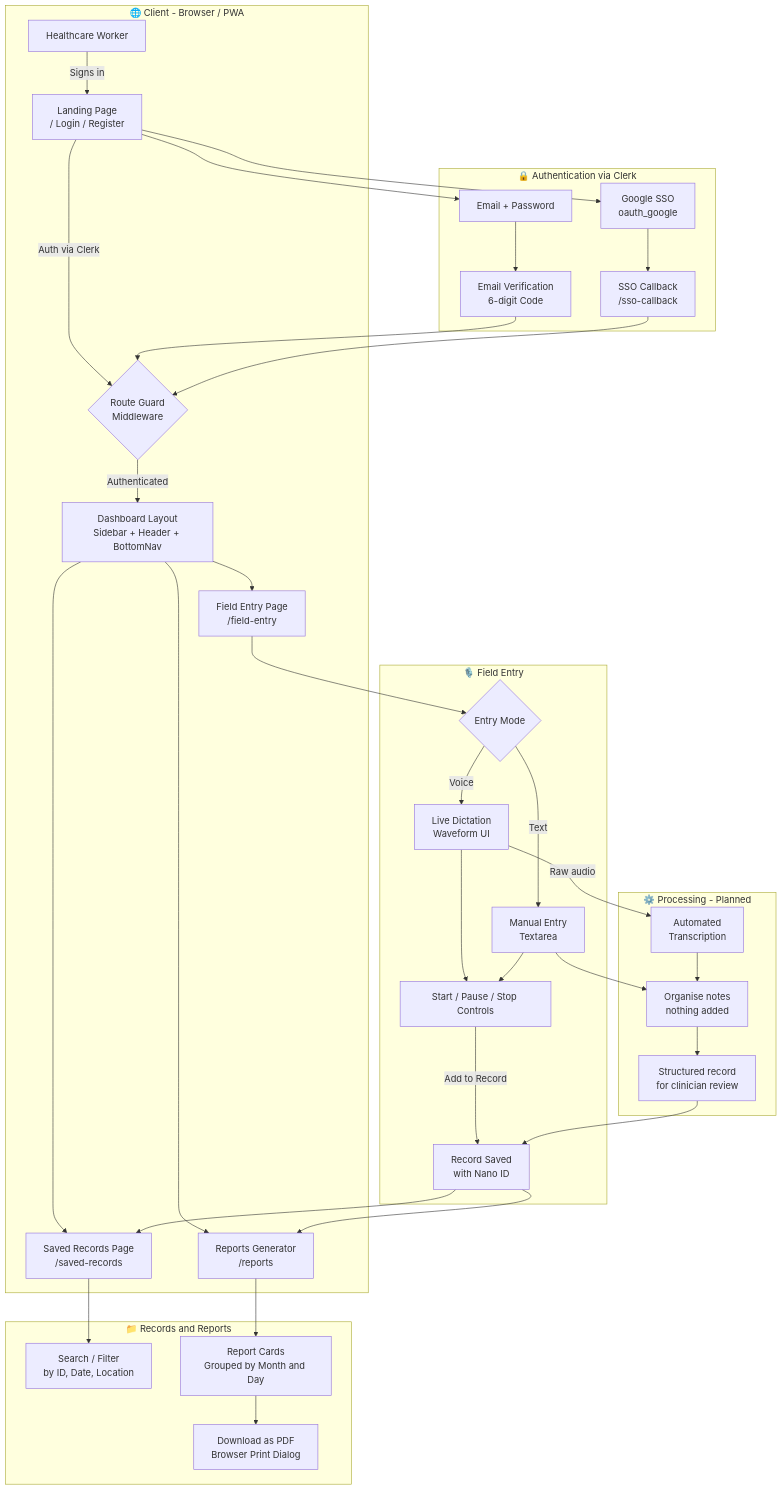
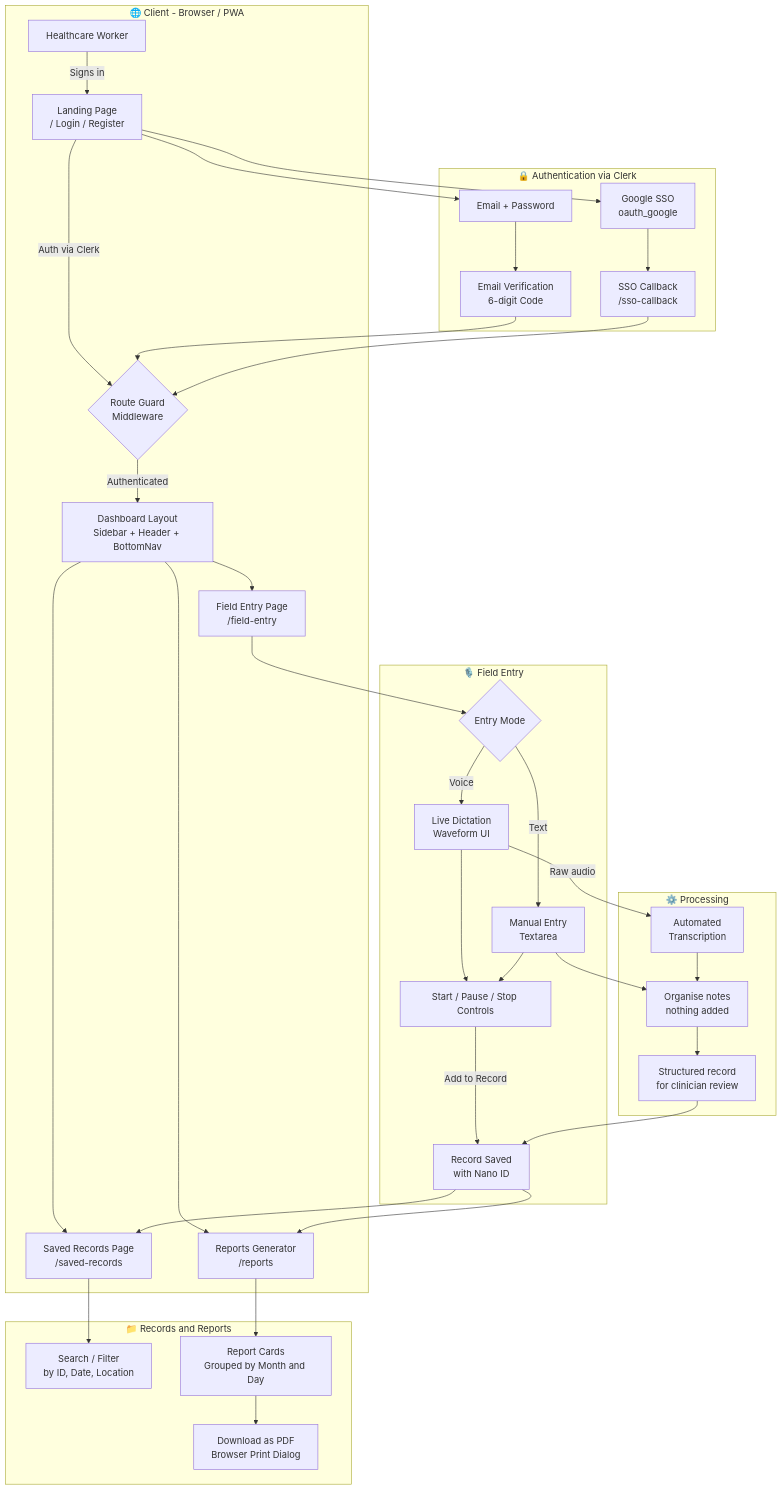
Before and after one commit to EGABO-TECH/DaktariScribe: the diagram in README.md, drawn with Mermaid. The commit also changed other lines of this file and 7 other files, not shown here.

````diff
--- a/README.md
+++ b/README.md
@@ -80,45 +80,45 @@
 ```mermaid
 flowchart TD
     subgraph Client["🌐 Client - Browser / PWA"]
         A[Healthcare Worker] -->|Signs in| B["Landing Page\n/ Login / Register"]
         B -->|Auth via Clerk| C{"Route Guard\nMiddleware"}
         C -->|Authenticated| D["Dashboard Layout\nSidebar + Header + BottomNav"]
         D --> E["Field Entry Page\n/field-entry"]
         D --> F["Saved Records Page\n/saved-records"]
         D --> G["Reports Generator\n/reports"]
     end
 
     subgraph FieldEntry["🎙️ Field Entry"]
         E --> H{Entry Mode}
         H -->|Voice| I["Live Dictation\nWaveform UI"]
         H -->|Text| J["Manual Entry\nTextarea"]
         I --> K["Start / Pause / Stop Controls"]
         J --> K
         K -->|Add to Record| L["Record Saved\nwith Nano ID"]
     end
 
     subgraph Records["📁 Records and Reports"]
         L --> F
         F --> M["Search / Filter\nby ID, Date, Location"]
         L --> G
         G --> N["Report Cards\nGrouped by Month and Day"]
         N --> O["Download as PDF\nBrowser Print Dialog"]
     end
 
     subgraph AuthBlock["🔒 Authentication via Clerk"]
         B --> P["Email + Password"]
         B --> Q["Google SSO\noauth_google"]
         P --> R["Email Verification\n6-digit Code"]
         Q --> S["SSO Callback\n/sso-callback"]
         R --> C
         S --> C
     end
 
-    subgraph Processing["⚙️ Processing - Planned"]
+    subgraph Processing["⚙️ Processing"]
         I -->|Raw audio| T["Automated\nTranscription"]
         T --> U["Organise notes\nnothing added"]
         J --> U
         U --> V["Structured record\nfor clinician review"]
         V --> L
     end
 ```
````
